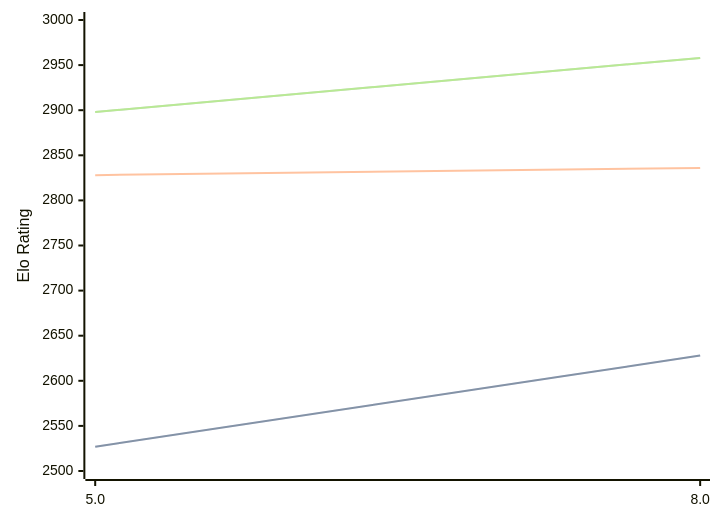
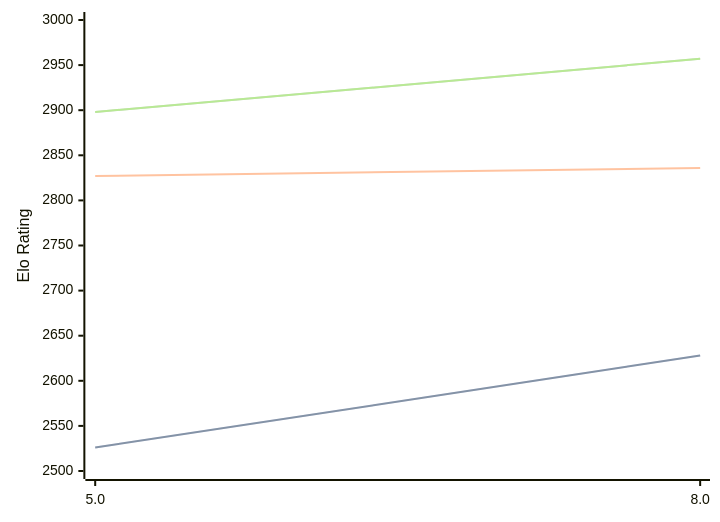
One commit to computer-chess-index/cci changed the diagram in engines/4kc.md. Above: the diagram before and after it, drawn with Mermaid. The commit also changed other lines of this file, not shown here.

Commit message:
Update CCI Ratings (ELO VLTC) - 2026-03-15

````diff
--- a/engines/4kc.md
+++ b/engines/4kc.md
@@ -39,11 +39,11 @@
 ```mermaid
 %%{init: {"theme":"base","themeVariables":{"seriesColors:['#a3a3a3','#222221','#faa371']}}}%%
 xychart-beta
   x-axis ["5.0", "8.0"]
   y-axis "Elo Rating" 2500 --> 3000
-  line "STC (8.0+0.08s)" [2527, 2628]
-  line "STC (8.0+0.08s)" [2527, 2628]
-  line "LTC (60.0+0.60s)" [2828, 2836]
-  line "VLTC (2m24s+1.12s)" [2898, 2958]
-  line "VLTC (2m24s+1.12s)" [2898, 2958]
+  line "STC (8.0+0.08s)" [2526, 2628]
+  line "STC (8.0+0.08s)" [2526, 2628]
+  line "LTC (60.0+0.60s)" [2827, 2836]
+  line "VLTC (2m24s+1.12s)" [2898, 2957]
+  line "VLTC (2m24s+1.12s)" [2898, 2957]
 ```
````
